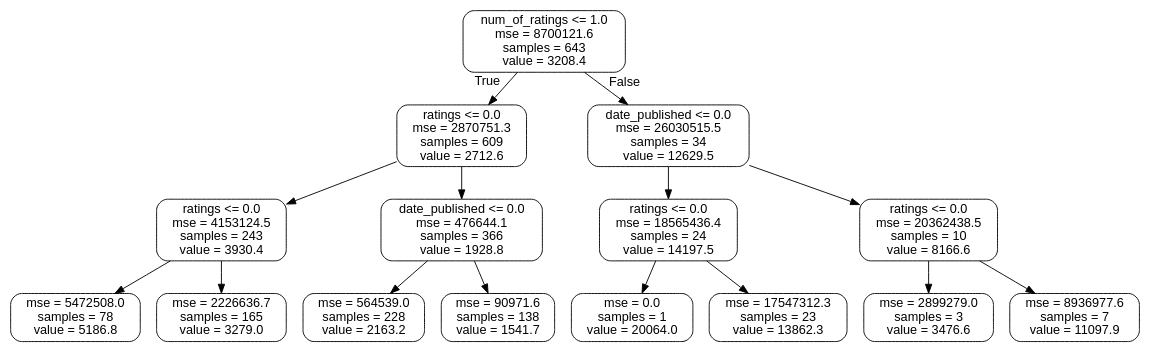
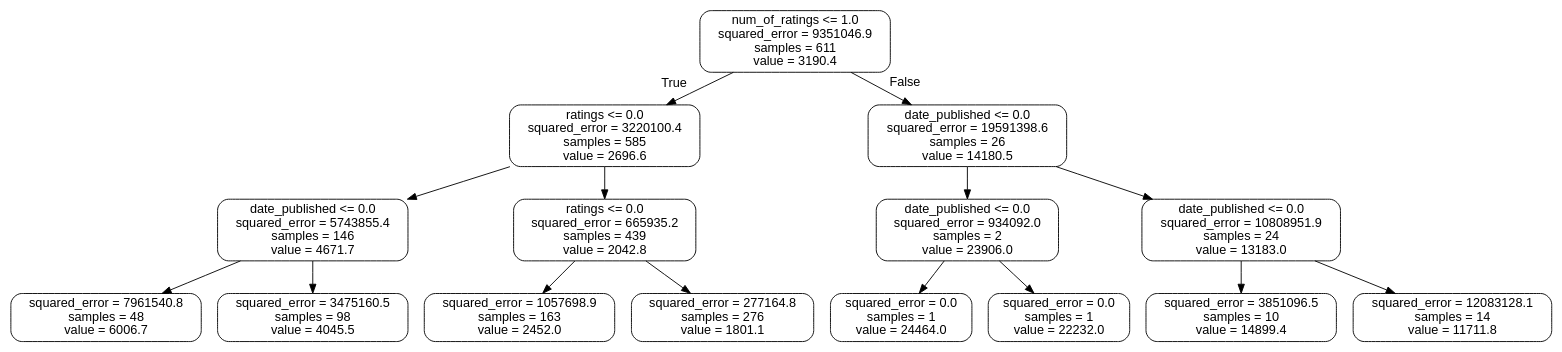
The diagram in scripts/images/small_tree.dot (codeteme/goodreads_sales_prediction), drawn with Graphviz before and after one commit. The commit also changed 5 other files, not shown here.

```diff
--- a/scripts/images/small_tree.dot
+++ b/scripts/images/small_tree.dot
@@ -1,33 +1,33 @@
 digraph Tree {
-node [shape=box, style="rounded", color="black", fontname=helvetica] ;
-edge [fontname=helvetica] ;
-0 [label="num_of_ratings <= 1.0\nmse = 8700121.6\nsamples = 643\nvalue = 3208.4"] ;
-1 [label="ratings <= 0.0\nmse = 2870751.3\nsamples = 609\nvalue = 2712.6"] ;
+node [shape=box, style="rounded", color="black", fontname="helvetica"] ;
+edge [fontname="helvetica"] ;
+0 [label="num_of_ratings <= 1.0\nsquared_error = 9351046.9\nsamples = 611\nvalue = 3190.4"] ;
+1 [label="ratings <= 0.0\nsquared_error = 3220100.4\nsamples = 585\nvalue = 2696.6"] ;
 0 -> 1 [labeldistance=2.5, labelangle=45, headlabel="True"] ;
-2 [label="ratings <= 0.0\nmse = 4153124.5\nsamples = 243\nvalue = 3930.4"] ;
+2 [label="date_published <= 0.0\nsquared_error = 5743855.4\nsamples = 146\nvalue = 4671.7"] ;
 1 -> 2 ;
-3 [label="mse = 5472508.0\nsamples = 78\nvalue = 5186.8"] ;
+3 [label="squared_error = 7961540.8\nsamples = 48\nvalue = 6006.7"] ;
 2 -> 3 ;
-4 [label="mse = 2226636.7\nsamples = 165\nvalue = 3279.0"] ;
+4 [label="squared_error = 3475160.5\nsamples = 98\nvalue = 4045.5"] ;
 2 -> 4 ;
-5 [label="date_published <= 0.0\nmse = 476644.1\nsamples = 366\nvalue = 1928.8"] ;
+5 [label="ratings <= 0.0\nsquared_error = 665935.2\nsamples = 439\nvalue = 2042.8"] ;
 1 -> 5 ;
-6 [label="mse = 564539.0\nsamples = 228\nvalue = 2163.2"] ;
+6 [label="squared_error = 1057698.9\nsamples = 163\nvalue = 2452.0"] ;
 5 -> 6 ;
-7 [label="mse = 90971.6\nsamples = 138\nvalue = 1541.7"] ;
+7 [label="squared_error = 277164.8\nsamples = 276\nvalue = 1801.1"] ;
 5 -> 7 ;
-8 [label="date_published <= 0.0\nmse = 26030515.5\nsamples = 34\nvalue = 12629.5"] ;
+8 [label="date_published <= 0.0\nsquared_error = 19591398.6\nsamples = 26\nvalue = 14180.5"] ;
 0 -> 8 [labeldistance=2.5, labelangle=-45, headlabel="False"] ;
-9 [label="ratings <= 0.0\nmse = 18565436.4\nsamples = 24\nvalue = 14197.5"] ;
+9 [label="date_published <= 0.0\nsquared_error = 934092.0\nsamples = 2\nvalue = 23906.0"] ;
 8 -> 9 ;
-10 [label="mse = 0.0\nsamples = 1\nvalue = 20064.0"] ;
+10 [label="squared_error = 0.0\nsamples = 1\nvalue = 24464.0"] ;
 9 -> 10 ;
-11 [label="mse = 17547312.3\nsamples = 23\nvalue = 13862.3"] ;
+11 [label="squared_error = 0.0\nsamples = 1\nvalue = 22232.0"] ;
 9 -> 11 ;
-12 [label="ratings <= 0.0\nmse = 20362438.5\nsamples = 10\nvalue = 8166.6"] ;
+12 [label="date_published <= 0.0\nsquared_error = 10808951.9\nsamples = 24\nvalue = 13183.0"] ;
 8 -> 12 ;
-13 [label="mse = 2899279.0\nsamples = 3\nvalue = 3476.6"] ;
+13 [label="squared_error = 3851096.5\nsamples = 10\nvalue = 14899.4"] ;
 12 -> 13 ;
-14 [label="mse = 8936977.6\nsamples = 7\nvalue = 11097.9"] ;
+14 [label="squared_error = 12083128.1\nsamples = 14\nvalue = 11711.8"] ;
 12 -> 14 ;
 }
```
